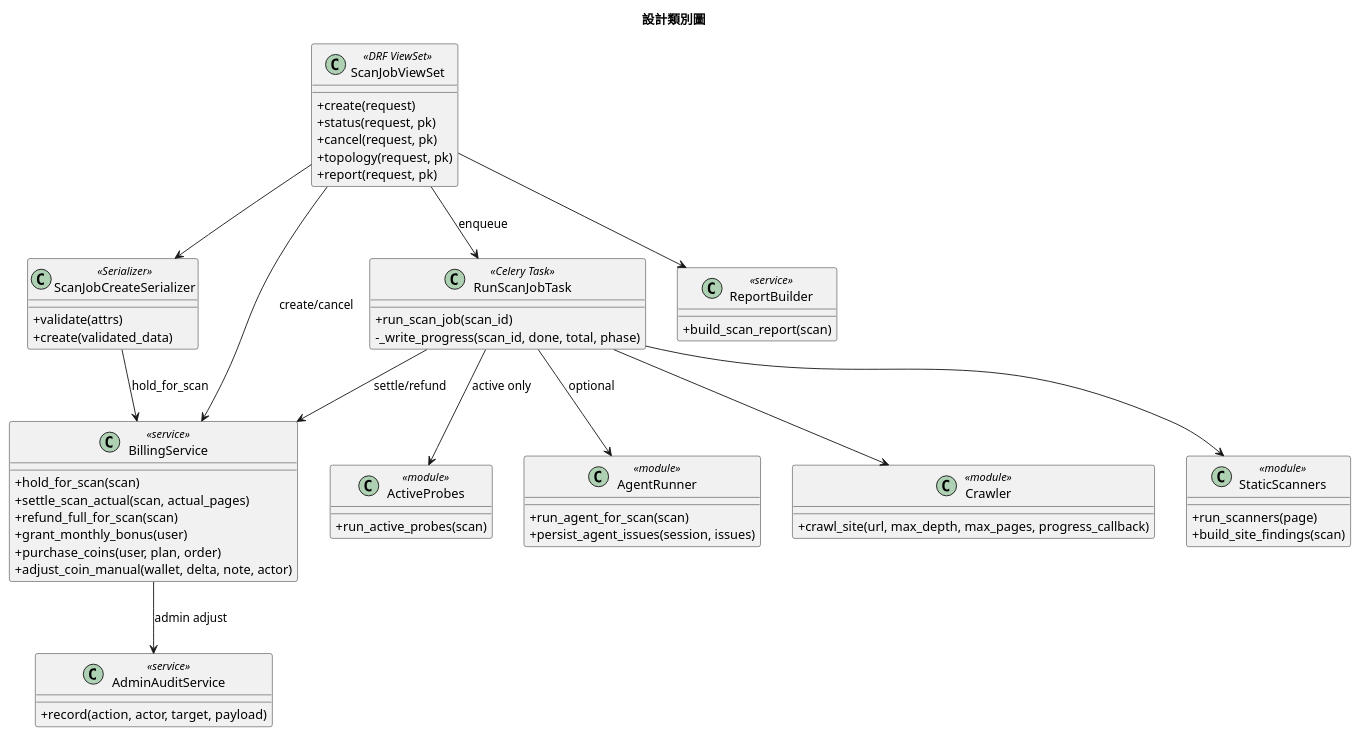
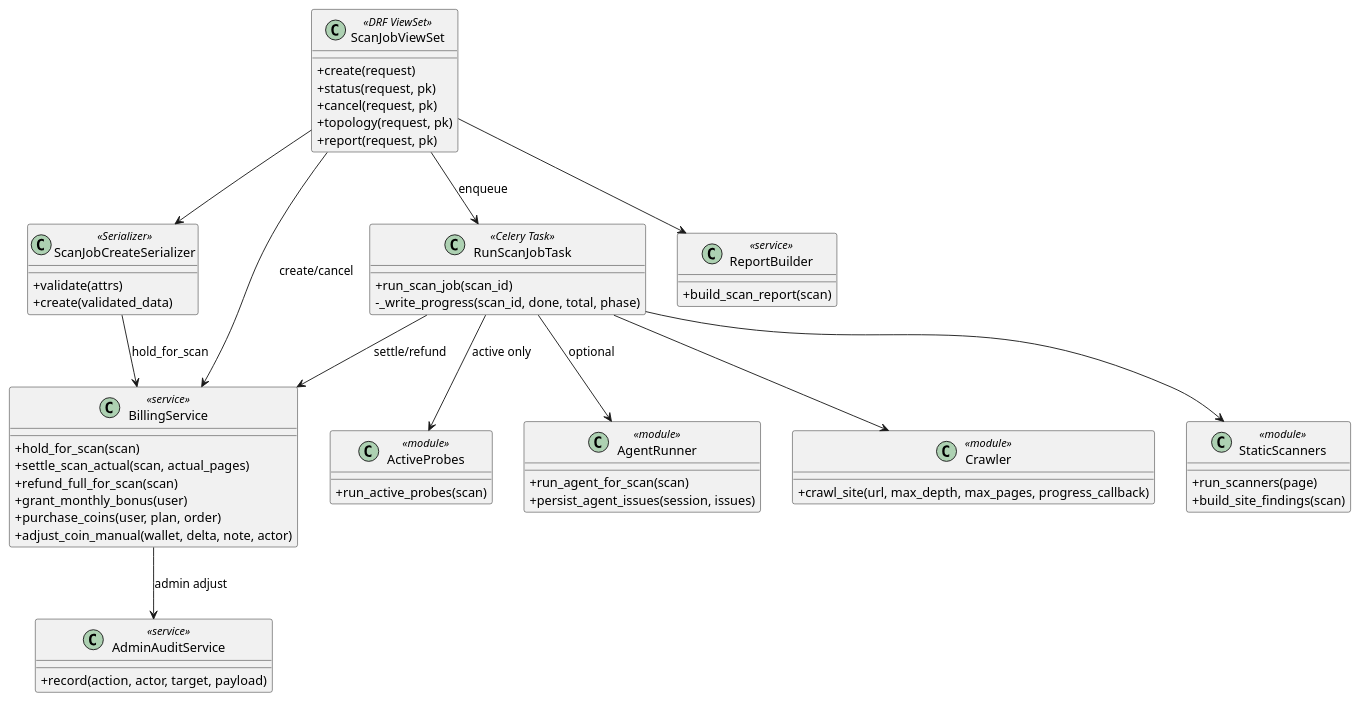
One commit to Djude1/Argus changed the eighth of 13 diagrams in PlantUML.md. Above: the diagram before and after it, drawn with PlantUML. The commit also changed other lines of this file, not shown here.

First line of the commit message:
fix: remove PlantUML title directives for compatibility

````diff
--- a/PlantUML.md
+++ b/PlantUML.md
@@ -568,73 +561,72 @@
 ```plantuml
 @startuml
-title 設計類別圖
 skinparam defaultFontName Microsoft JhengHei
 skinparam shadowing false
 skinparam classAttributeIconSize 0
 
 class ScanJobViewSet <<DRF ViewSet>> {
   +create(request)
   +status(request, pk)
   +cancel(request, pk)
   +topology(request, pk)
   +report(request, pk)
 }
 
 class ScanJobCreateSerializer <<Serializer>> {
   +validate(attrs)
   +create(validated_data)
 }
 
 class RunScanJobTask <<Celery Task>> {
   +run_scan_job(scan_id)
   -_write_progress(scan_id, done, total, phase)
 }
 
 class Crawler <<module>> {
   +crawl_site(url, max_depth, max_pages, progress_callback)
 }
 
 class StaticScanners <<module>> {
   +run_scanners(page)
   +build_site_findings(scan)
 }
 
 class ActiveProbes <<module>> {
   +run_active_probes(scan)
 }
 
 class AgentRunner <<module>> {
   +run_agent_for_scan(scan)
   +persist_agent_issues(session, issues)
 }
 
 class BillingService <<service>> {
   +hold_for_scan(scan)
   +settle_scan_actual(scan, actual_pages)
   +refund_full_for_scan(scan)
   +grant_monthly_bonus(user)
   +purchase_coins(user, plan, order)
   +adjust_coin_manual(wallet, delta, note, actor)
 }
 
 class ReportBuilder <<service>> {
   +build_scan_report(scan)
 }
 
 class AdminAuditService <<service>> {
   +record(action, actor, target, payload)
 }
 
 ScanJobViewSet --> ScanJobCreateSerializer
 ScanJobViewSet --> BillingService : create/cancel
 ScanJobViewSet --> ReportBuilder
 ScanJobCreateSerializer --> BillingService : hold_for_scan
 ScanJobViewSet --> RunScanJobTask : enqueue
 RunScanJobTask --> Crawler
 RunScanJobTask --> StaticScanners
 RunScanJobTask --> ActiveProbes : active only
 RunScanJobTask --> AgentRunner : optional
 RunScanJobTask --> BillingService : settle/refund
 BillingService --> AdminAuditService : admin adjust
 @enduml
 ```
````
